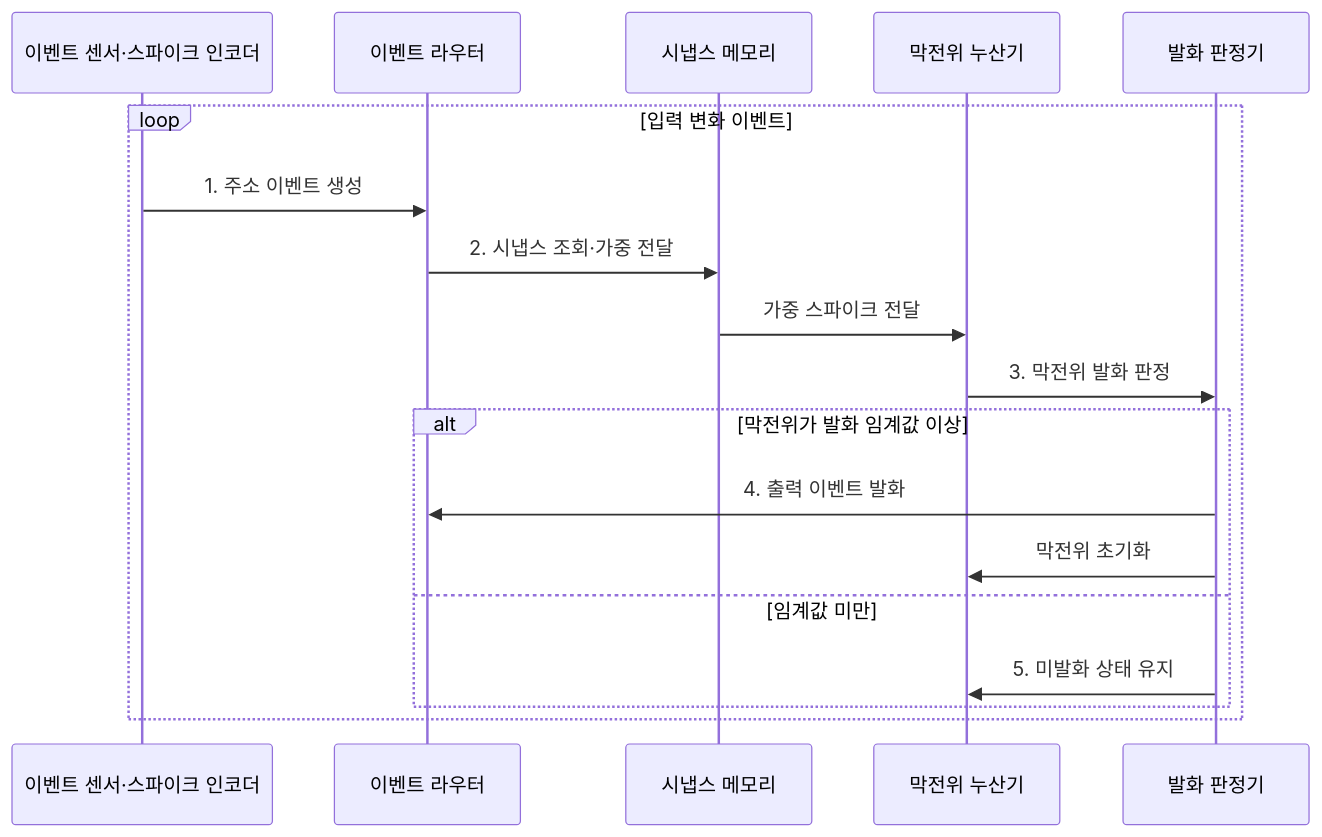
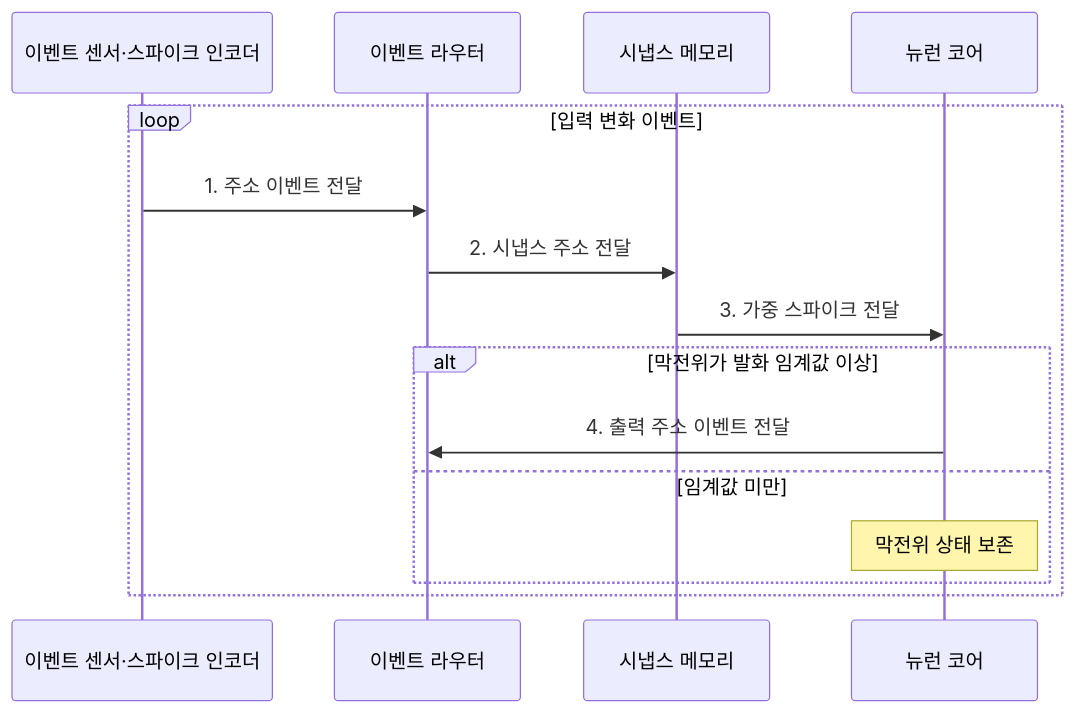
The second of 2 diagrams in src/content/docs/notes/02-hardware/051_neuromorphic_computing.md (agnusdei1207/knowledge-base), drawn with Mermaid before and after one commit. The commit also changed other lines of this file and 20 other files, not shown here.

````diff
--- a/src/content/docs/notes/02-hardware/051_neuromorphic_computing.md
+++ b/src/content/docs/notes/02-hardware/051_neuromorphic_computing.md
@@ -84,21 +87,18 @@
 ```mermaid
 sequenceDiagram
     participant S as 이벤트 센서·스파이크 인코더
     participant R as 이벤트 라우터
     participant M as 시냅스 메모리
-    participant N as 막전위 누산기
-    participant F as 발화 판정기
+    participant N as 뉴런 코어
 
     loop 입력 변화 이벤트
-        S->>R: 1. 주소 이벤트 생성
-        R->>M: 2. 시냅스 조회·가중 전달
-        M->>N: 가중 스파이크 전달
-        N->>F: 3. 막전위 발화 판정
+        S->>R: 1. 주소 이벤트 전달
+        R->>M: 2. 시냅스 주소 전달
+        M->>N: 3. 가중 스파이크 전달
         alt 막전위가 발화 임계값 이상
-            F->>R: 4. 출력 이벤트 발화
-            F->>N: 막전위 초기화
+            N->>R: 4. 출력 주소 이벤트 전달
         else 임계값 미만
-            F->>N: 5. 미발화 상태 유지
+            Note over N: 막전위 상태 보존
         end
     end
 ```
````
